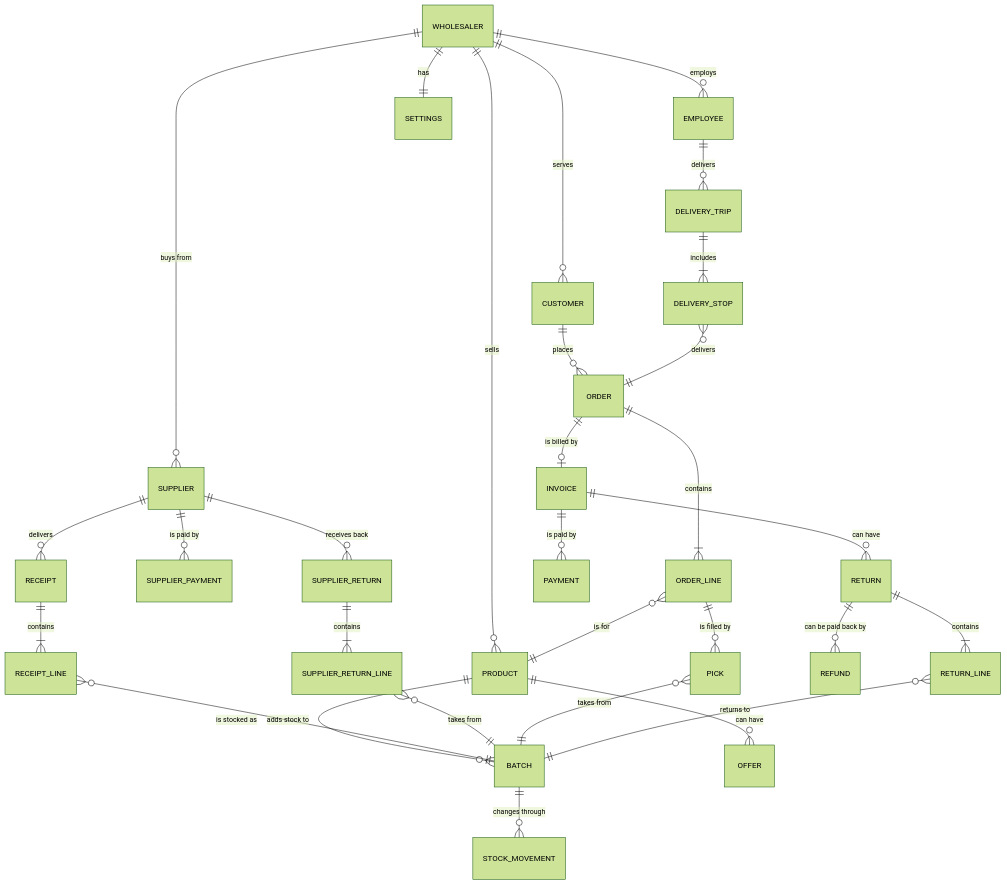
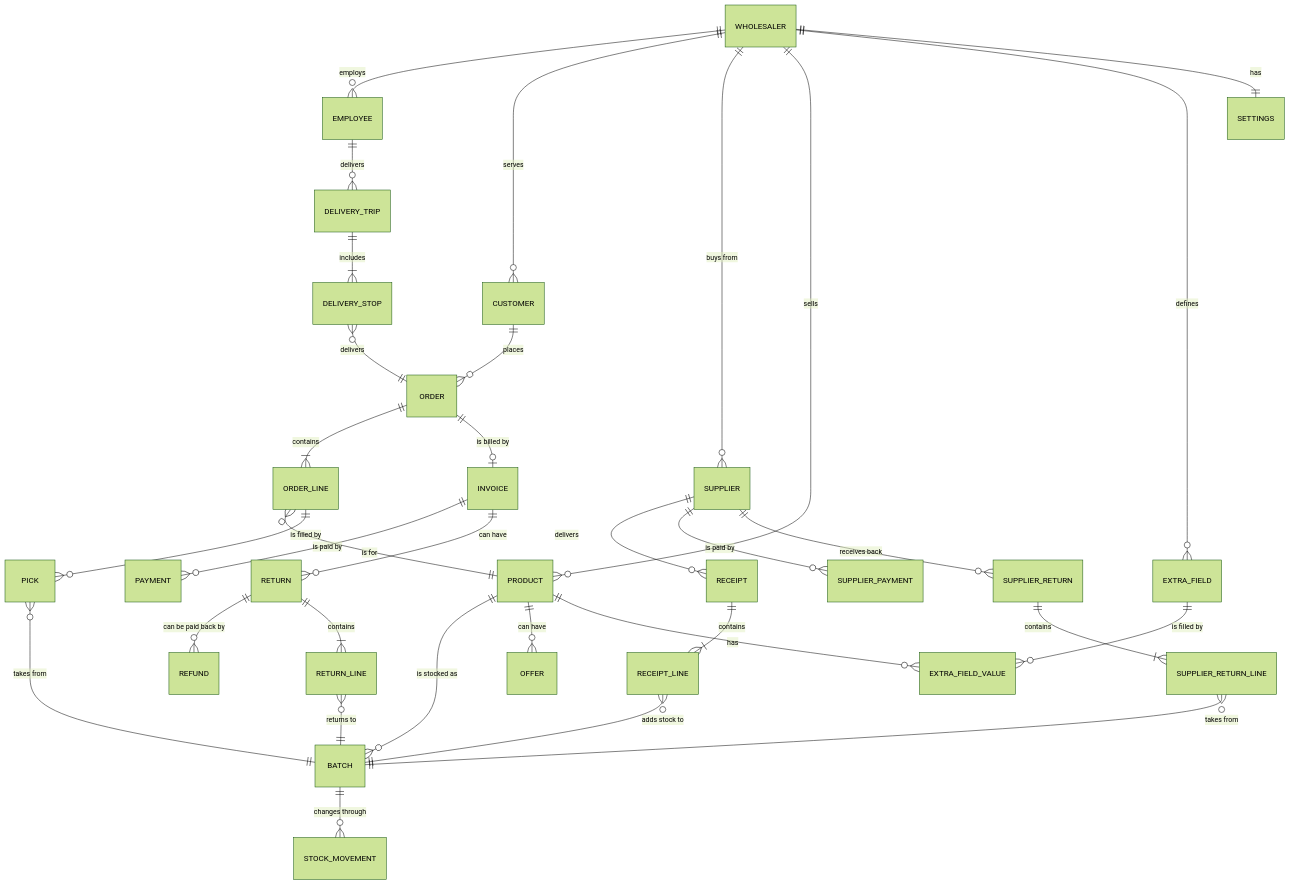
Before and after one commit to AhmedElnagarUU/Cosmo: the diagram in docs/workflows/08-data-map.md, drawn with Mermaid (forest theme). The commit also changed other lines of this file and 5 other files, not shown here.

First line of the commit message:
Add extra product fields defined by the owner

````diff
--- a/docs/workflows/08-data-map.md
+++ b/docs/workflows/08-data-map.md
@@ -13,38 +13,41 @@
 ```mermaid
 erDiagram
     WHOLESALER ||--o{ EMPLOYEE : employs
     WHOLESALER ||--o{ CUSTOMER : serves
     WHOLESALER ||--o{ SUPPLIER : "buys from"
     WHOLESALER ||--o{ PRODUCT : sells
 
     PRODUCT ||--o{ BATCH : "is stocked as"
     BATCH ||--o{ STOCK_MOVEMENT : "changes through"
 
     SUPPLIER ||--o{ RECEIPT : delivers
     RECEIPT ||--|{ RECEIPT_LINE : contains
     RECEIPT_LINE }o--|| BATCH : "adds stock to"
     SUPPLIER ||--o{ SUPPLIER_PAYMENT : "is paid by"
     SUPPLIER ||--o{ SUPPLIER_RETURN : "receives back"
     SUPPLIER_RETURN ||--|{ SUPPLIER_RETURN_LINE : contains
     SUPPLIER_RETURN_LINE }o--|| BATCH : "takes from"
     PRODUCT ||--o{ OFFER : "can have"
+    WHOLESALER ||--o{ EXTRA_FIELD : defines
+    PRODUCT ||--o{ EXTRA_FIELD_VALUE : has
+    EXTRA_FIELD ||--o{ EXTRA_FIELD_VALUE : "is filled by"
     WHOLESALER ||--|| SETTINGS : has
 
     CUSTOMER ||--o{ ORDER : places
     ORDER ||--|{ ORDER_LINE : contains
     ORDER_LINE }o--|| PRODUCT : "is for"
     ORDER_LINE ||--o{ PICK : "is filled by"
     PICK }o--|| BATCH : "takes from"
 
     DELIVERY_TRIP ||--|{ DELIVERY_STOP : includes
     DELIVERY_STOP }o--|| ORDER : delivers
     EMPLOYEE ||--o{ DELIVERY_TRIP : delivers
 
     ORDER ||--o| INVOICE : "is billed by"
     INVOICE ||--o{ PAYMENT : "is paid by"
 
     INVOICE ||--o{ RETURN : "can have"
     RETURN ||--o{ REFUND : "can be paid back by"
     RETURN ||--|{ RETURN_LINE : contains
     RETURN_LINE }o--|| BATCH : "returns to"
 ```
````
